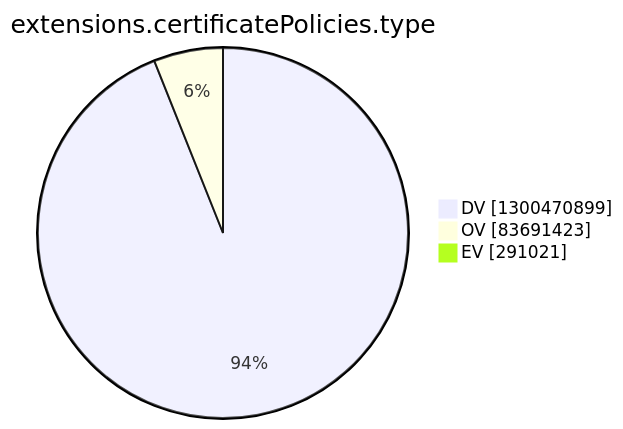
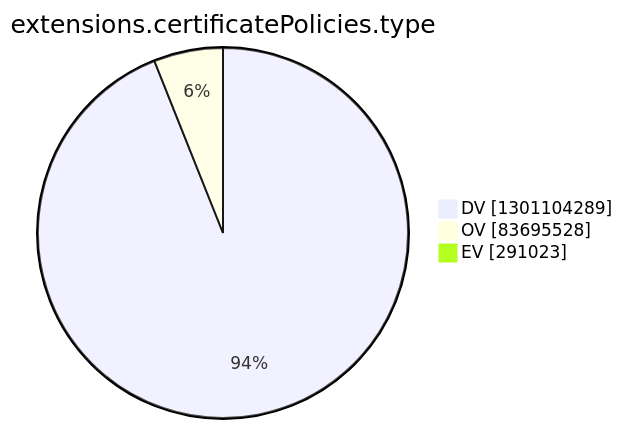
One commit to christiankrug/ctmonitor_visualization changed the tenth of 15 diagrams in argon2022/README.md. Above: the diagram before and after it, drawn with Mermaid. The commit also changed other lines of this file, not shown here.

````diff
--- a/argon2022/README.md
+++ b/argon2022/README.md
@@ -2772,7 +2772,7 @@
 ```mermaid
 pie showData
 title extensions.certificatePolicies.type
-"DV" :1300470899
-"OV" :83691423
-"EV" :291021
+"DV" :1301104289
+"OV" :83695528
+"EV" :291023
 ```
````
